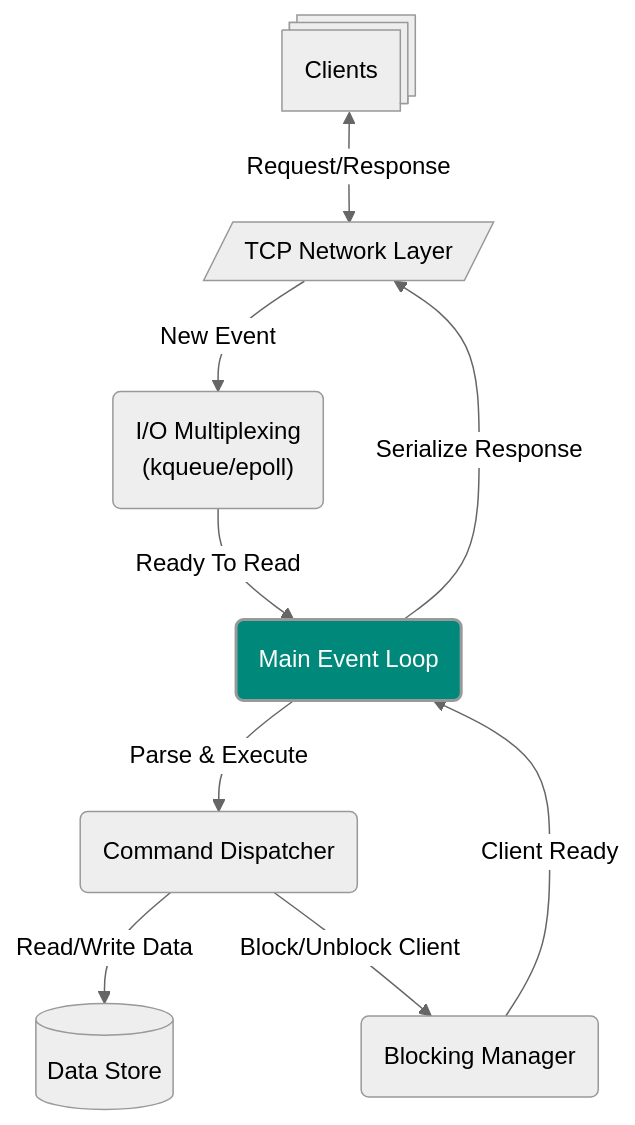
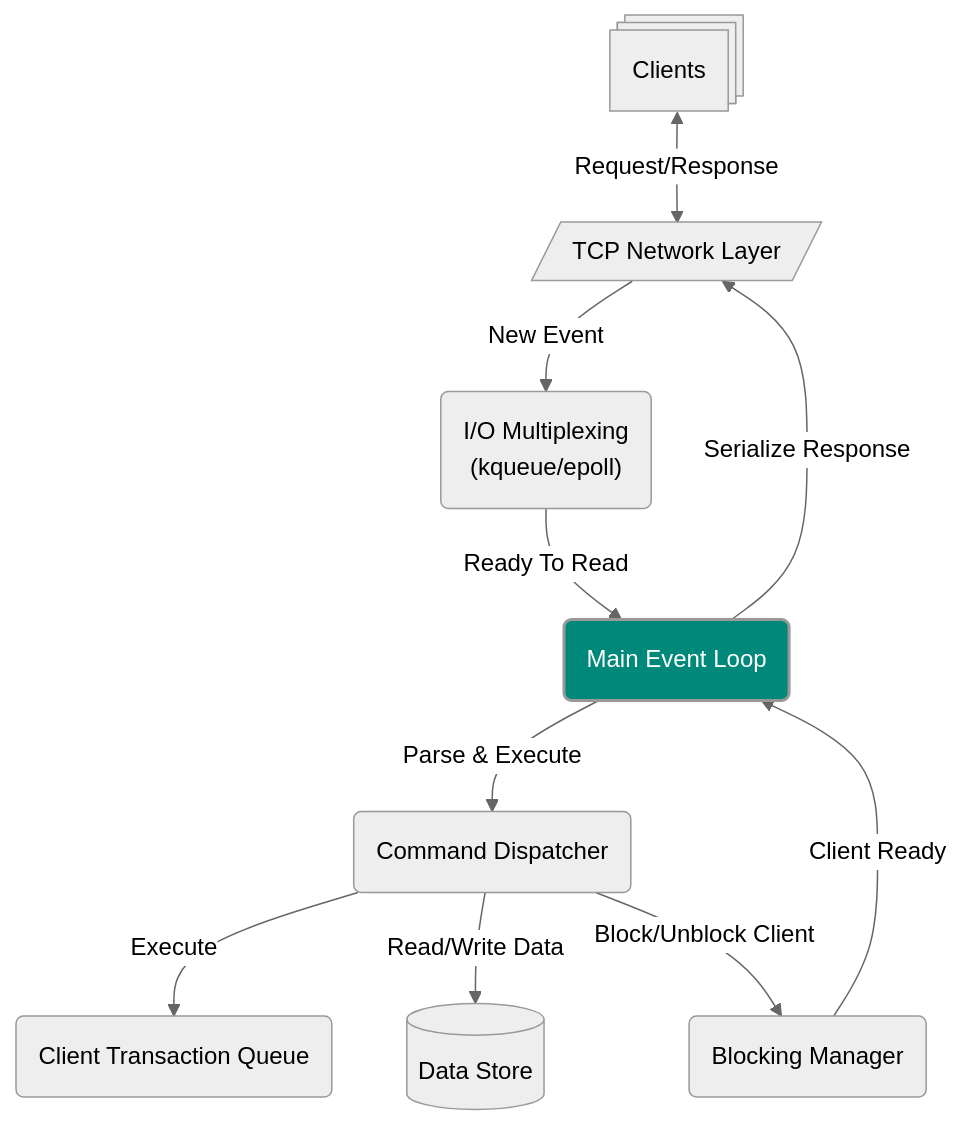
One commit to zorridge/redis changed the diagram in README.md. Above: the diagram before and after it, drawn with Mermaid (neutral theme). The commit also changed other lines of this file, not shown here.

````diff
--- a/README.md
+++ b/README.md
@@ -7,27 +7,29 @@
 ```mermaid
 flowchart TB
     %% Define Nodes with Appropriate Shapes
     A@{ shape: processes, label: "Clients" }
     B@{ shape: lean-r, label: "TCP Network Layer" }
     C@{ shape: rounded, label: "I/O Multiplexing\n(kqueue/epoll)" }
     D@{ shape: rounded, label: "Main Event Loop" }
     E@{ shape: rounded, label: "Command Dispatcher" }
     F@{ shape: database, label: "Data Store" }
     G@{ shape: rounded, label: "Blocking Manager" }
+    H@{ shape: rounded, label: "Client Transaction Queue" }
 
     %% Request Lifecycle
     A <-- Request/Response --> B
     B -- "New Event" --> C
     C -- "Ready To Read" --> D
     D -- "Parse & Execute" --> E
+    E -- "Execute" --> H
     E -- "Read/Write Data" --> F
     E -- "Block/Unblock Client" --> G
 
     %% Response Lifecycle
     G -- "Client Ready" --> D
     D -- "Serialize Response" --> B
 
     %% Highlighting Core Components
     classDef core fill:#00897b,stroke-width:2px,color:#fff;
     D:::core
 ```
````
